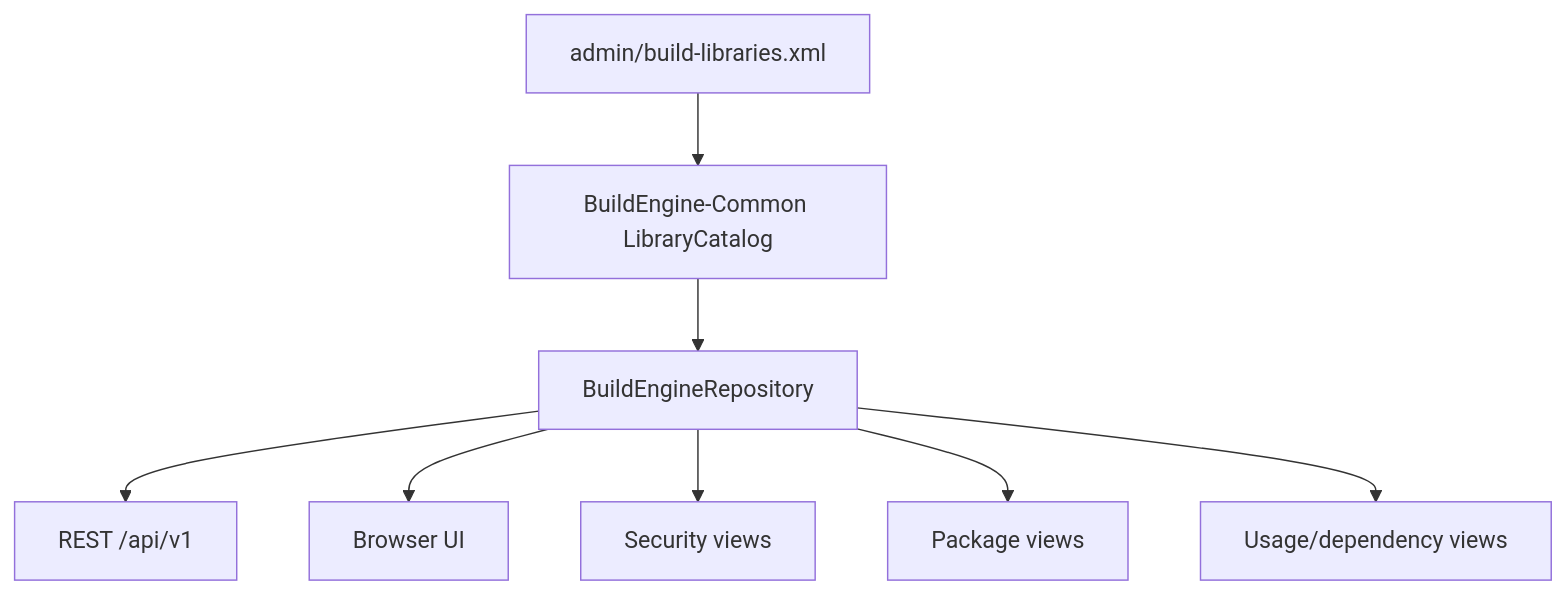
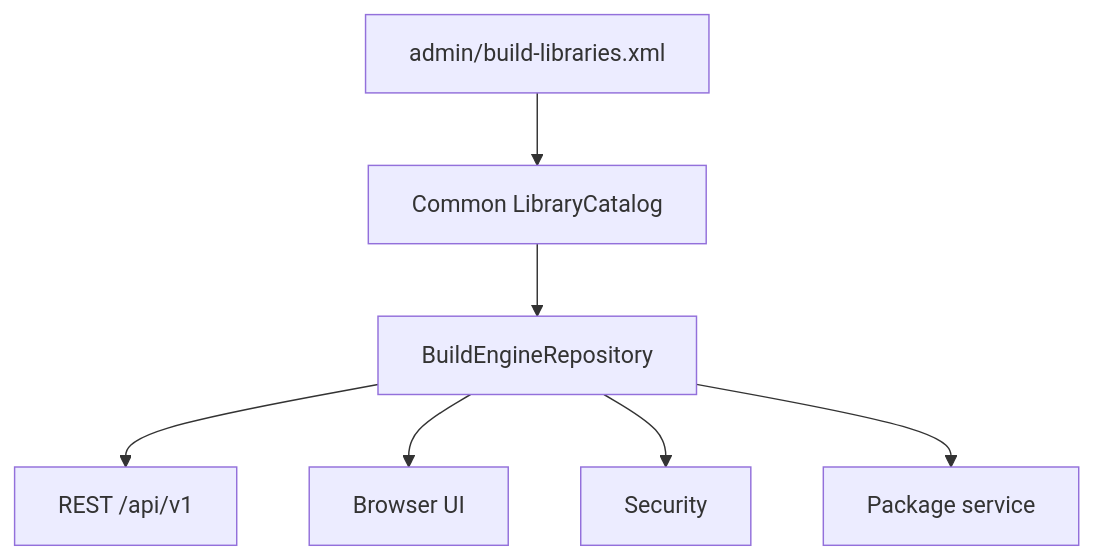
One commit to adeccscholar/BuildEngine-Admin changed the first of 4 diagrams in admin/server-docs/server.md. Above: the diagram before and after it, drawn with Mermaid. The commit also changed other lines of this file, not shown here.

Commit message:
Document current Server/Common gaps explicitly

````diff
--- a/admin/server-docs/server.md
+++ b/admin/server-docs/server.md
@@ -24,10 +26,9 @@
 ```mermaid
 flowchart TD
-    XML[admin/build-libraries.xml] --> C[BuildEngine-Common LibraryCatalog]
+    XML[admin/build-libraries.xml] --> C[Common LibraryCatalog]
     C --> R[BuildEngineRepository]
     R --> API[REST /api/v1]
     R --> UI[Browser UI]
-    R --> SEC[Security views]
-    R --> PKG[Package views]
-    R --> USAGE[Usage/dependency views]
+    R --> SEC[Security]
+    R --> PKG[Package service]
 ```
````
